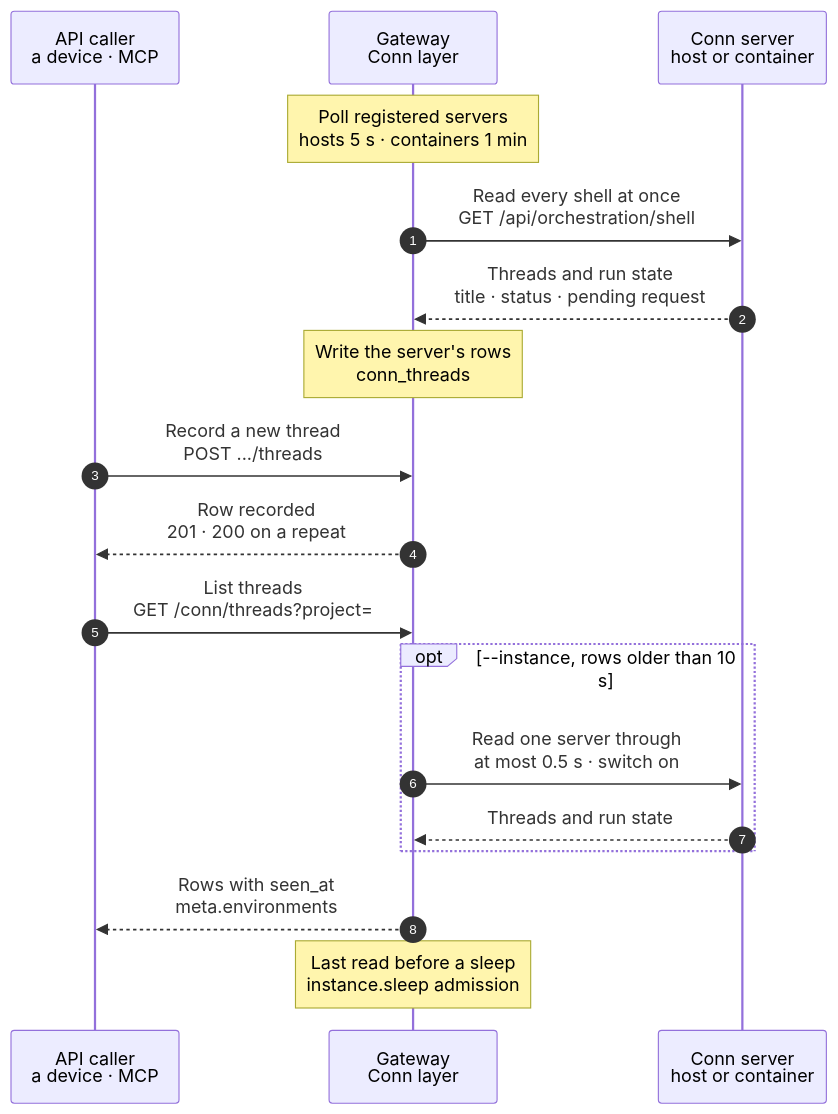
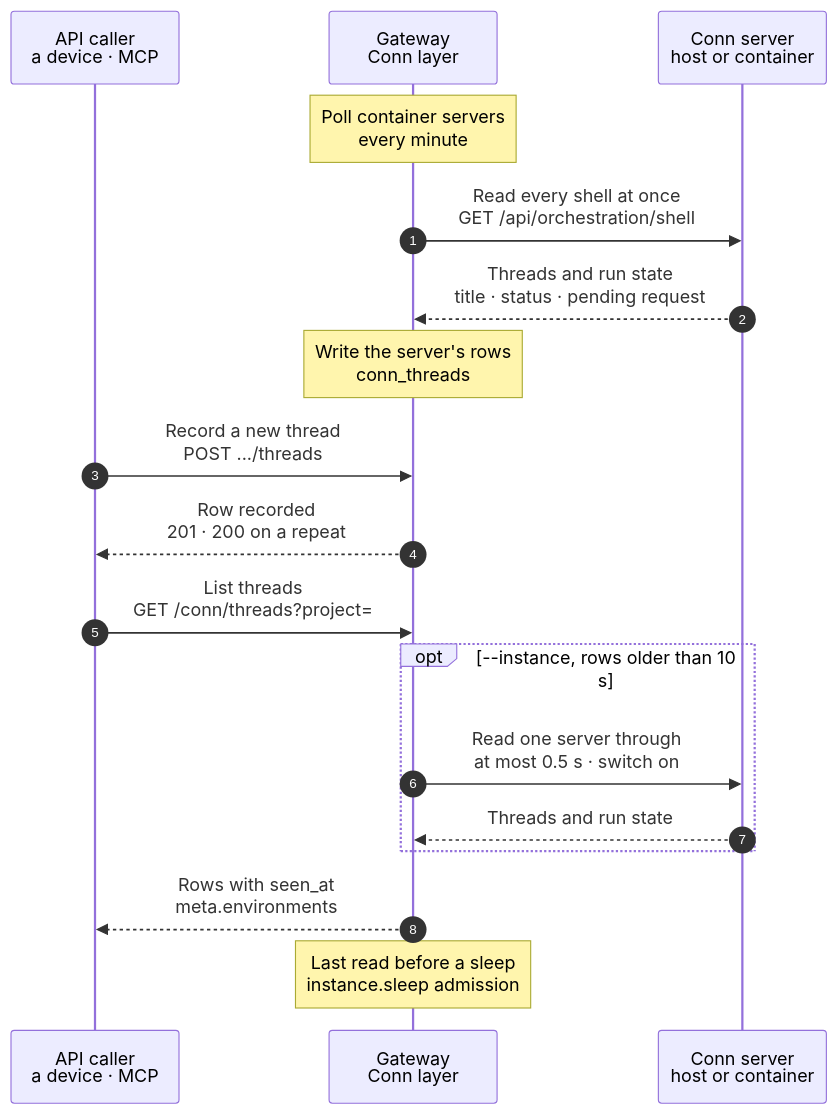
The diagram in docs/cli/conn/thread-index.mmd (hardimpactdev/orbit), drawn with Mermaid before and after one commit. The commit also changed 7 other files, not shown here.

First line of the commit message:
Remove the host thread poll: the librarian runs only from the Conn Server's push

```diff
--- a/docs/cli/conn/thread-index.mmd
+++ b/docs/cli/conn/thread-index.mmd
@@ -1,79 +1,78 @@
 sequenceDiagram
-  %% Conn thread index (docs/reference/conn.md#thread-index): the Gateway keeps a row per live thread on registered host and container servers. The librarian can file a new top-level General host thread in a separate Gateway job, with no Operation or Swamp run.
+  %% Conn thread index (docs/reference/conn.md#thread-index): the Gateway keeps a row per live thread on registered host and container servers. It polls container servers; host servers push each thread. The librarian can file a new top-level General host thread in a separate Gateway job, with no Operation or Swamp run.
   %% status: draft
   %% command: none · minute poll, GET /conn/threads, POST /conn/environments/{environment_id}/threads
   %% kind: conn.thread_index
   autonumber
   %% lane C icon=terminal pill=caller tone=gray
   %% lane GW icon=gateway pill=intent tone=blue
   %% lane T3 icon=server pill=target tone=purple
   participant C as API caller<br/>a device · MCP
   participant GW as Gateway<br/>Conn layer
   participant T3 as Conn server<br/>host or container
-  Note over GW: Poll registered servers<br/>hosts 5 s · containers 1 min
+  Note over GW: Poll container servers<br/>every minute
   %%> When:
   %%> - every minute while the operator switch `ORBIT_CONN_THREAD_INDEX_POLL` is on and Conn is enabled; off by default
   %%> - a unique job on the `problems` queue, behind task work; never on `operations`
-  %%> - every 5 seconds for host servers while Conn and the Gateway queue are enabled
   %%> Which servers:
-  %%> - registered host servers and every container server whose Instance runs
+  %%> - every container server whose Instance runs; host servers are never polled
   %%> Skips, with the reason on the server's record:
   %%> - an asleep or stopped Instance, `conn.environment_asleep`: it is not read and keeps its rows
   %%> - an ended session, `conn.session_expired`: its renewal comes first
   GW->>T3: Read every shell at once<br/>GET /api/orchestration/shell
   %%> How:
   %%> - the admin session the Gateway holds and renews, with `x-t3-orchestration-protocol: 2`
-  %%> - each group in one pool; the host read takes at most 2 seconds, the container read takes at most 10 seconds
+  %%> - all in one pool; the read takes at most 10 seconds
   %%> On failure:
   %%> - a server that does not answer, refuses or answers nonsense is skipped with `conn.server_unreachable`, `conn.session_rejected`, `conn.request_refused` or `conn.response_invalid`; it keeps its rows and never holds the others
   %%> - a failed write of one server's rows is reported and skipped with `conn.index_write_failed`; the pass goes on
   T3-->>GW: Threads and run state<br/>title · status · pending request
   Note over GW: Write the server's rows<br/>conn_threads
   %%> What it does:
   %%> - one row per listed thread: id, title, status, needs input, last user message, last run end, `seen_at`
   %%> - a thread that left the shell leaves the index, unless a write-through recorded it after the read began
   %%> Not stored:
   %%> - message text; only the title
   C->>GW: Record a new thread<br/>POST .../threads
   %%> When:
   %%> - the device started a thread on a registered server it paired with
   %%> Requires:
   %%> - node access to the server's Node
   %%> Also:
   %%> - a task copy's turn records its T3 thread the same way when its projection commits
-  %%> - a host Conn Server records a thread when it gets its first user message; the Gateway then queues the librarian for it, and a failure to queue never changes the response
+  %%> - a host Conn Server records each thread when it gets its first user message; the Gateway then queues the librarian for it, and a failure to queue never changes the response
   GW-->>C: Row recorded<br/>201 · 200 on a repeat
   %%> Result:
   %%> - in the list at once; state stays null until the next read
   C->>GW: List threads<br/>GET /conn/threads?project=
   %%> Requires:
   %%> - node access, as for the server list: only servers whose Node the caller reaches
   %%> Narrows by:
   %%> - `project` or `instance`, both optional
   %%> Reads:
   %%> - the index only: browsing never reads a server; `meta.environments[].read_at` says how fresh each server's rows are
   opt --instance, rows older than 10 s
     GW->>T3: Read one server through<br/>at most 0.5 s · switch on
     %%> When:
     %%> - only for a list that names one Instance, the server a device opens a thread on
     %%> - only while the switch is on, the server runs and its last read is older than 10 seconds
     %%> On failure:
     %%> - the server keeps its rows and records the reason; the list does not try it again within 10 seconds
     %%> Order:
     %%> - a read that began before the server's last written read is dropped, so it never brings back a removed thread
     %%> - a failed try does not count, and never sets `read_at` back; reads that begin within the same second are not ordered
     %%> Time:
     %%> - a slow server adds up to 0.5 s to this list; lists that read only the index stay under 300 ms
     T3-->>GW: Threads and run state
   end
   GW-->>C: Rows with seen_at<br/>meta.environments
   %%> Returns:
   %%> - the rows, newest user message first, and each covered server with `power_state`, `read_at` and `read_error`
   %%> - host rows have no `instance_id` and include the librarian's `classification` after a decision
   %%> - an asleep server's rows are its last read, with their `seen_at`
   Note over GW: Last read before a sleep<br/>instance.sleep admission
   %%> When:
   %%> - before every sleep is admitted, from the idle sweep and from `instance:sleep`; the sleep switch does not matter, the index switch does
   %%> - after the sleep's refusals and replay, outside the Instance lock, within 3 seconds; a failed read keeps the rows, is reported and does not stop the sleep
   %%> Result:
   %%> - the asleep Instance keeps these rows until it wakes; destroying it removes them with its server
```
